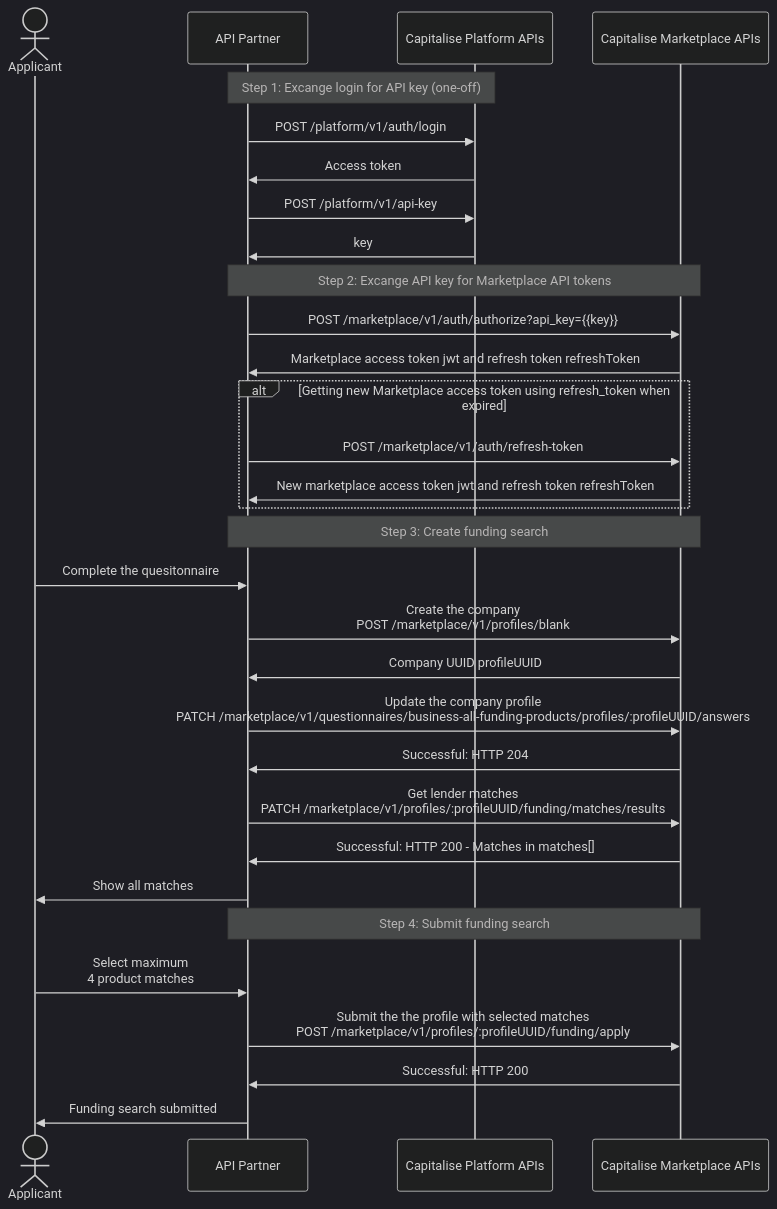
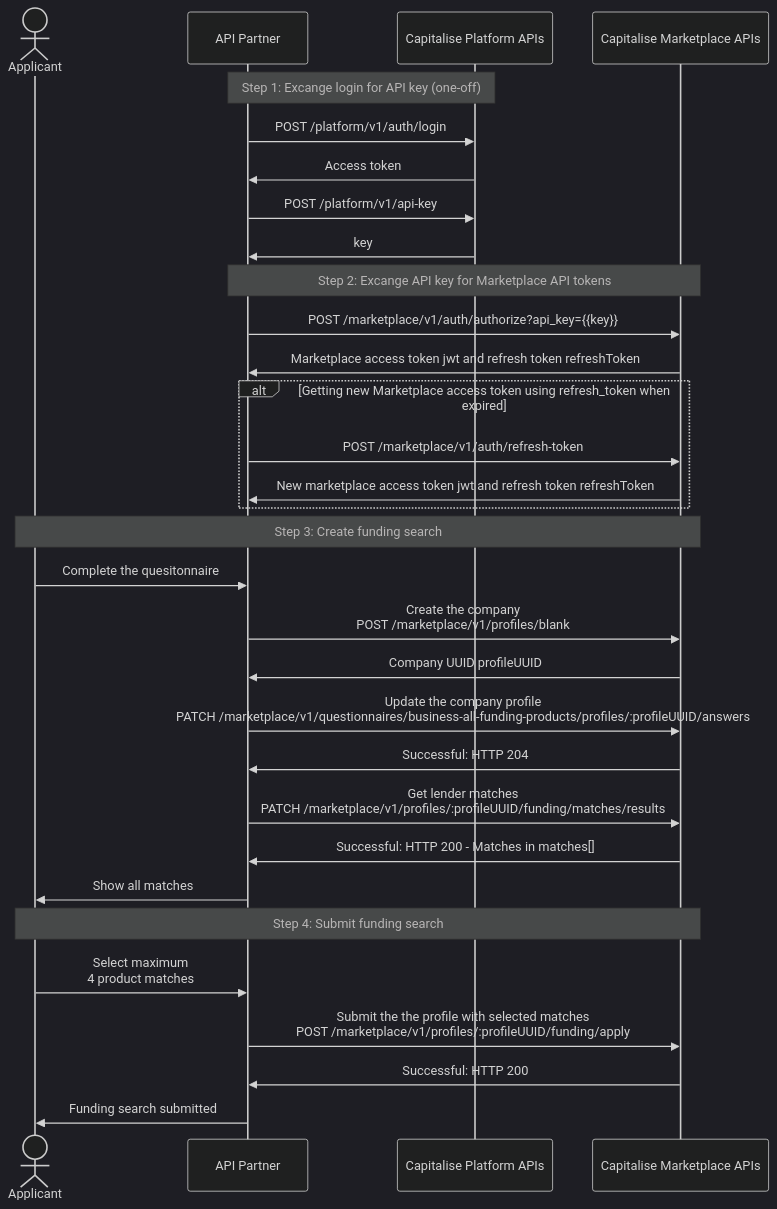
Before and after one commit to Capitalise/developer-portal: the diagram in use-cases/native-funding-search.mdx, drawn with Mermaid (dark theme). The commit also changed other lines of this file and 26 other files, not shown here.

````diff
--- a/use-cases/native-funding-search.mdx
+++ b/use-cases/native-funding-search.mdx
@@ -36,34 +36,33 @@
 ```mermaid
 sequenceDiagram
     actor Applicant
     participant API Partner
     participant Capitalise Platform APIs
     participant Capitalise Marketplace APIs
     Note over API Partner, Capitalise Platform APIs: Step 1: Excange login for API key (one-off)
     API Partner->>Capitalise Platform APIs: POST /platform/v1/auth/login
     Capitalise Platform APIs->>API Partner: Access token
     API Partner->>Capitalise Platform APIs: POST /platform/v1/api-key
     Capitalise Platform APIs->>API Partner: key
     Note over API Partner,Capitalise Marketplace APIs: Step 2: Excange API key for Marketplace API tokens
     API Partner->>Capitalise Marketplace APIs: POST /marketplace/v1/auth/authorize?api_key={{key}}
     Capitalise Marketplace APIs->>API Partner: Marketplace access token jwt and refresh token refreshToken
     alt Getting new Marketplace access token using refresh_token when expired
         API Partner->>Capitalise Marketplace APIs: POST /marketplace/v1/auth/refresh-token
         Capitalise Marketplace APIs->>API Partner: New marketplace access token jwt and refresh token refreshToken
     end
-    Note over API Partner,Capitalise Marketplace APIs: Step 3: Create funding search
+    Note over Applicant,Capitalise Marketplace APIs: Step 3: Create funding search
     Applicant->>API Partner: Complete the quesitonnaire
     API Partner->>Capitalise Marketplace APIs: Create the company<br>POST /marketplace/v1/profiles/blank
     Capitalise Marketplace APIs->>API Partner: Company UUID profileUUID
     API Partner->>Capitalise Marketplace APIs: Update the company profile<br>PATCH /marketplace/v1/questionnaires/business-all-funding-products/profiles/:profileUUID/answers
     Capitalise Marketplace APIs->>API Partner: Successful: HTTP 204
     API Partner->>Capitalise Marketplace APIs: Get lender matches<br>PATCH /marketplace/v1/profiles/:profileUUID/funding/matches/results
     Capitalise Marketplace APIs->>API Partner: Successful: HTTP 200 - Matches in matches[]
     API Partner->>Applicant: Show all matches
-    Note over API Partner,Capitalise Marketplace APIs: Step 4: Submit funding search
+    Note over Applicant,Capitalise Marketplace APIs: Step 4: Submit funding search
     Applicant->>API Partner: Select maximum<br>4 product matches
     API Partner->>Capitalise Marketplace APIs: Submit the the profile with selected matches<br>POST /marketplace/v1/profiles/:profileUUID/funding/apply
     Capitalise Marketplace APIs->>API Partner: Successful: HTTP 200
     API Partner->>Applicant: Funding search submitted
-
 ```
````
